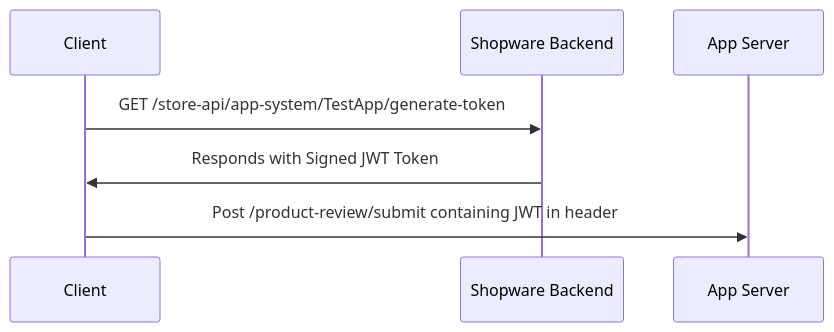
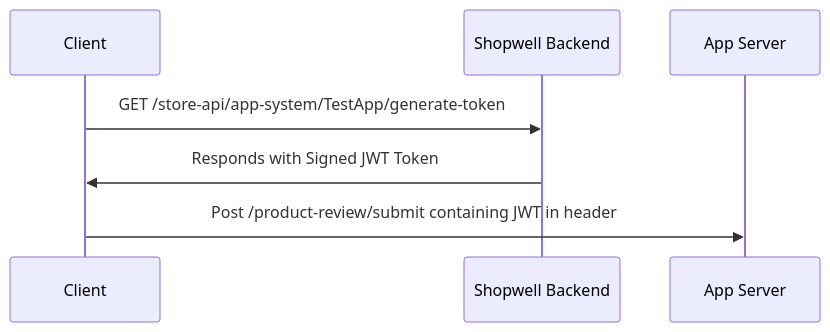
Before and after one commit to shopwell-shop/shopwell: the diagram in adr/2023-06-27-store-api-to-app-server.md, drawn with Mermaid. The commit also changed other lines of this file and 5637 other files, not shown here.

````diff
--- a/adr/2023-06-27-store-api-to-app-server.md
+++ b/adr/2023-06-27-store-api-to-app-server.md
@@ -41,9 +41,9 @@
 ```mermaid
 sequenceDiagram
     participant Client
-    participant Shopware Backend
+    participant Shopwell Backend
     participant App Server
-    Client->>Shopware Backend: GET /store-api/app-system/TestApp/generate-token
-    Shopware Backend->>Client: Responds with Signed JWT Token
+    Client->>Shopwell Backend: GET /store-api/app-system/TestApp/generate-token
+    Shopwell Backend->>Client: Responds with Signed JWT Token
     Client->>App Server: Post /product-review/submit containing JWT in header
 ```
````
